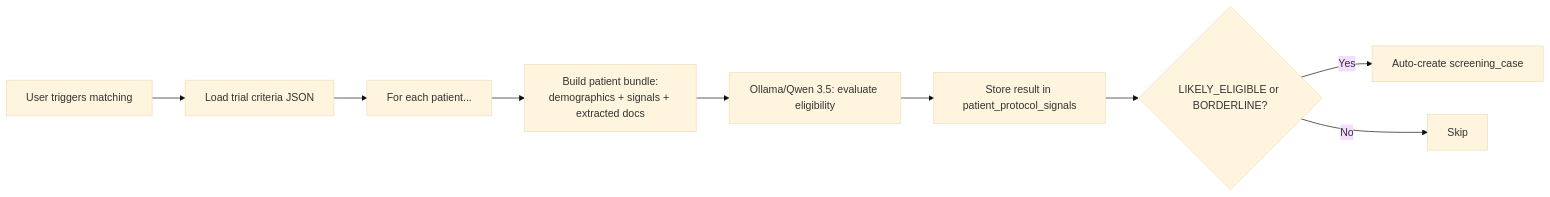
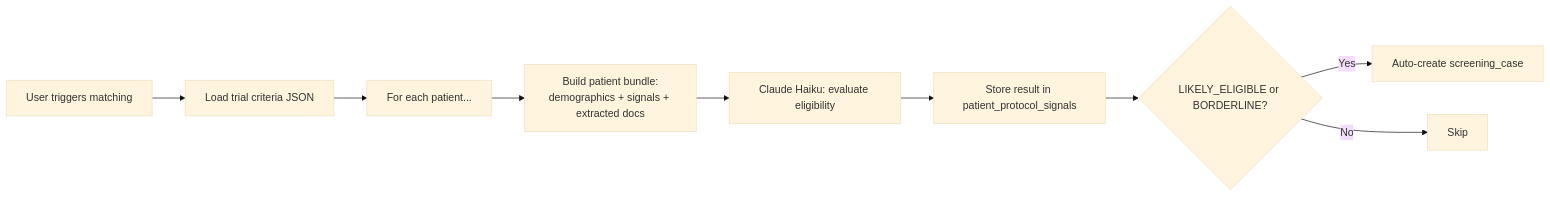
One commit to thengnathan/monsoon-health changed the fifth of 5 diagrams in docs/PROJECT_DOCUMENTATION.md. Above: the diagram before and after it, drawn with Mermaid (base theme). The commit also changed other lines of this file and 23 other files, not shown here.

````diff
--- a/docs/PROJECT_DOCUMENTATION.md
+++ b/docs/PROJECT_DOCUMENTATION.md
@@ -664,11 +679,11 @@
 ```mermaid
 flowchart LR
     A[User triggers matching] --> B[Load trial criteria JSON]
     B --> C[For each patient...]
     C --> D[Build patient bundle:<br/>demographics + signals + extracted docs]
-    D --> E[Ollama/Qwen 3.5: evaluate eligibility]
+    D --> E[Claude Haiku: evaluate eligibility]
     E --> F[Store result in patient_protocol_signals]
     F --> G{LIKELY_ELIGIBLE or BORDERLINE?}
     G -->|Yes| H[Auto-create screening_case]
     G -->|No| I[Skip]
 ```
````
